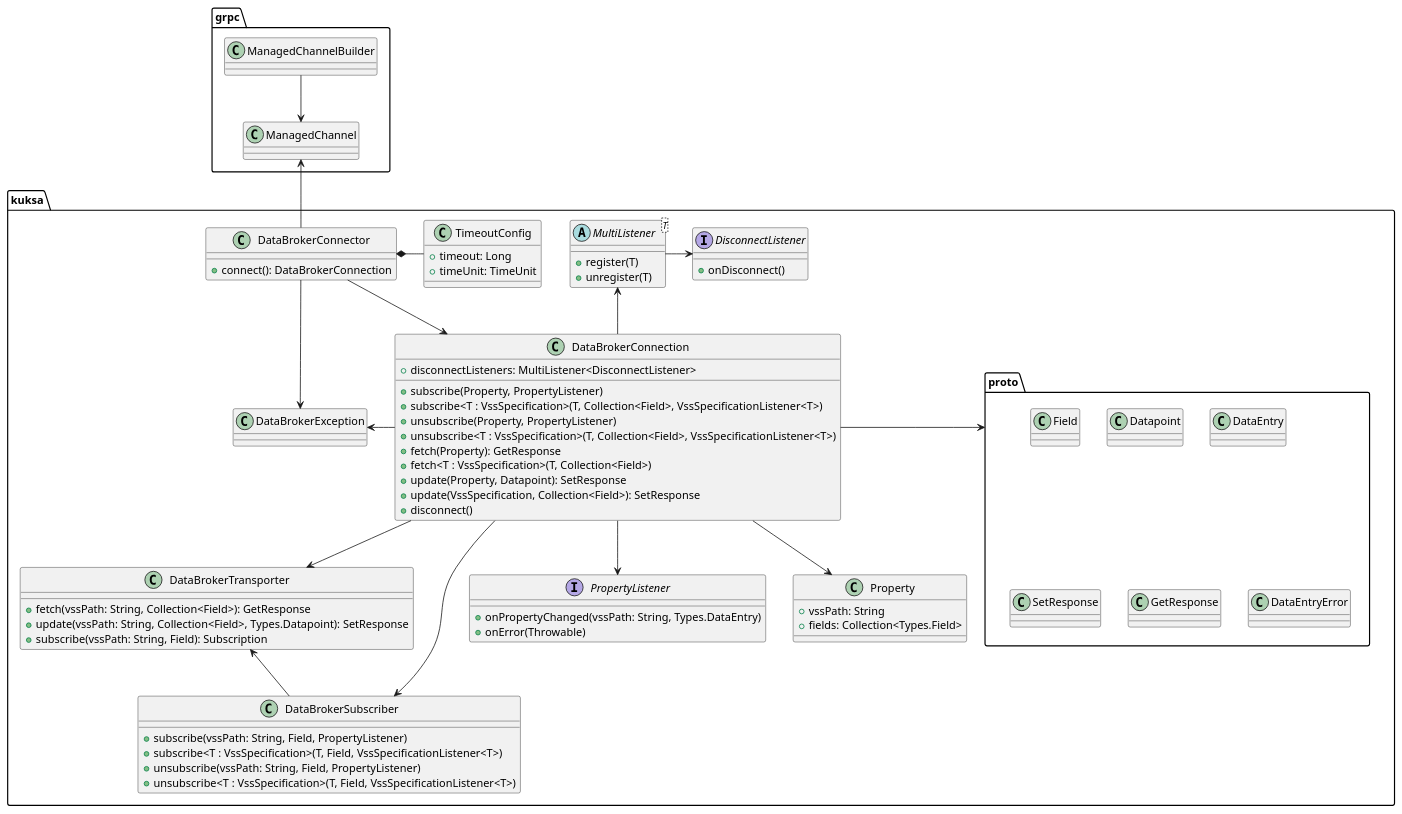
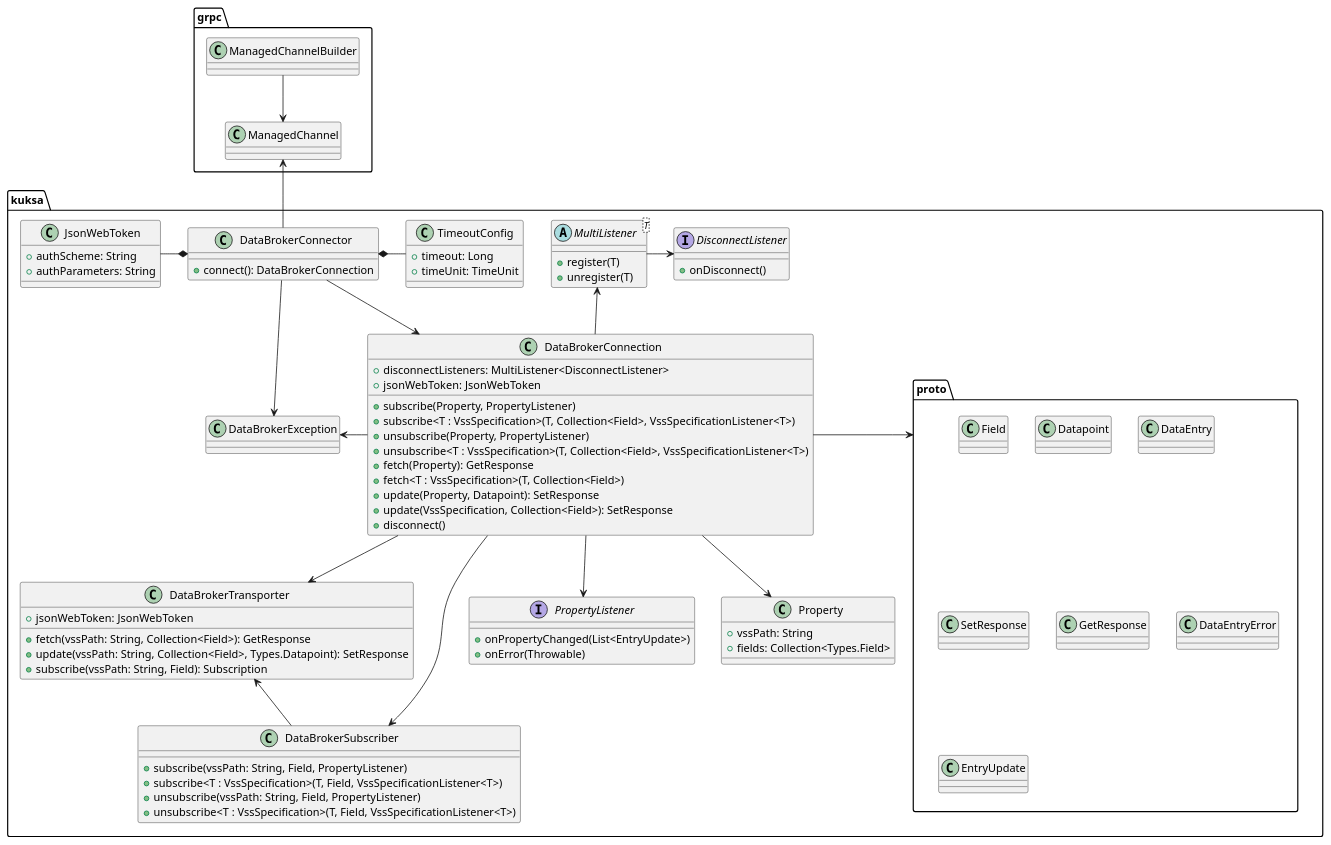
Before and after one commit to eclipse-kuksa/kuksa-android-sdk: the diagram in docs/kuksa-sdk_class-diagram.puml, drawn with PlantUML. The commit also changed 3 other files, not shown here.

```diff
--- a/docs/kuksa-sdk_class-diagram.puml
+++ b/docs/kuksa-sdk_class-diagram.puml
@@ -1,97 +1,107 @@
 @startuml
 'https://plantuml.com/class-diagram
 
 package grpc {
 
     ManagedChannelBuilder --> ManagedChannel
 
     class ManagedChannel
     class ManagedChannelBuilder
 
 }
 
 package kuksa {
 
     package proto {
         class Field
         class Datapoint
         class DataEntry
         class SetResponse
         class GetResponse
         class DataEntryError
+        class EntryUpdate
     }
 
     DataBrokerConnector -down-> DataBrokerException
     DataBrokerConnector -down-> DataBrokerConnection
     DataBrokerConnection -down-> DataBrokerTransporter
     DataBrokerConnection -down-> DataBrokerSubscriber
     DataBrokerConnection -down-> PropertyListener
     DataBrokerConnection -down-> Property
     DataBrokerConnection -left-> DataBrokerException
     DataBrokerConnection -up-> MultiListener
     DataBrokerSubscriber -up-> DataBrokerTransporter
     MultiListener -right-> DisconnectListener
     TimeoutConfig -left-* DataBrokerConnector
+    JsonWebToken -right-* DataBrokerConnector
 
     class DataBrokerConnector {
         + connect(): DataBrokerConnection
     }
 
     class TimeoutConfig {
         + timeout: Long
         + timeUnit: TimeUnit
     }
 
     class DataBrokerTransporter {
+        + jsonWebToken: JsonWebToken
+
         + fetch(vssPath: String, Collection<Field>): GetResponse
         + update(vssPath: String, Collection<Field>, Types.Datapoint): SetResponse
         + subscribe(vssPath: String, Field): Subscription
     }
 
     class DataBrokerSubscriber {
         + subscribe(vssPath: String, Field, PropertyListener)
         + subscribe<T : VssSpecification>(T, Field, VssSpecificationListener<T>)
         + unsubscribe(vssPath: String, Field, PropertyListener)
         + unsubscribe<T : VssSpecification>(T, Field, VssSpecificationListener<T>)
     }
 
     class DataBrokerConnection {
         + disconnectListeners: MultiListener<DisconnectListener>
+        + jsonWebToken: JsonWebToken
 
         + subscribe(Property, PropertyListener)
         + subscribe<T : VssSpecification>(T, Collection<Field>, VssSpecificationListener<T>)
         + unsubscribe(Property, PropertyListener)
         + unsubscribe<T : VssSpecification>(T, Collection<Field>, VssSpecificationListener<T>)
         + fetch(Property): GetResponse
         + fetch<T : VssSpecification>(T, Collection<Field>)
         + update(Property, Datapoint): SetResponse
         + update(VssSpecification, Collection<Field>): SetResponse
         + disconnect()
     }
     
     interface PropertyListener {
-        + onPropertyChanged(vssPath: String, Types.DataEntry)
+        + onPropertyChanged(List<EntryUpdate>)
         + onError(Throwable)
     }
 
     class Property {
         + vssPath: String
         + fields: Collection<Types.Field>
     }
 
     class DataBrokerException
 
     abstract class MultiListener<T> {
         + register(T)
         + unregister(T)
     }
 
     interface DisconnectListener {
         + onDisconnect()
     }
+
+    class JsonWebToken {
+        + authScheme: String
+        + authParameters: String
+    }
 }
 
 DataBrokerConnector -up-> ManagedChannel
 DataBrokerConnection -right-> proto
 
 @enduml
```
